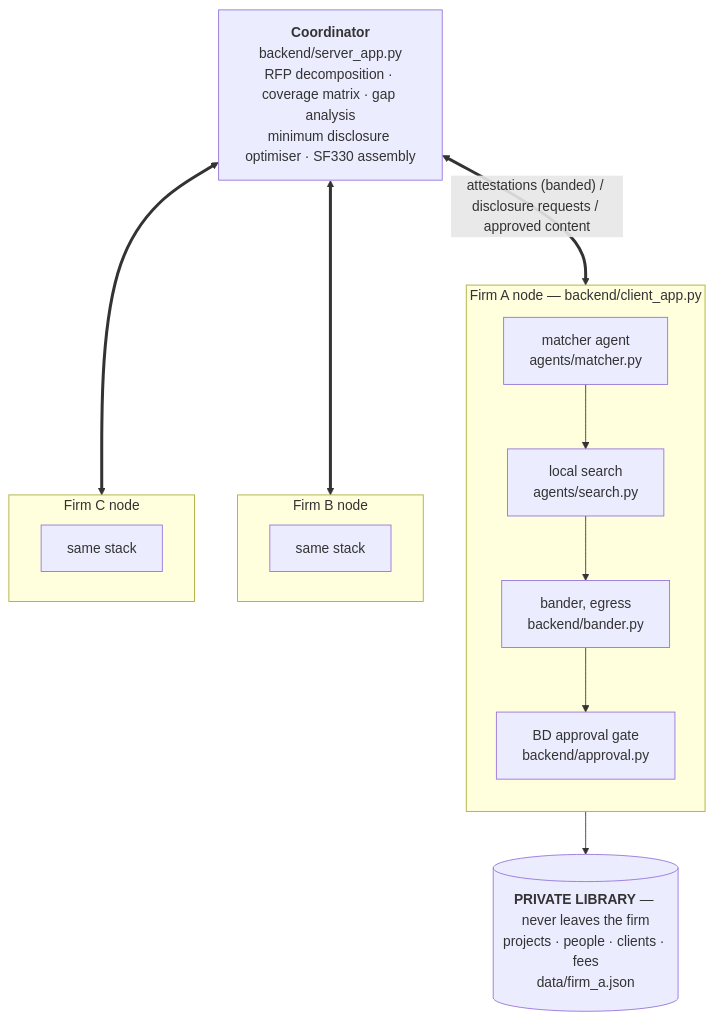
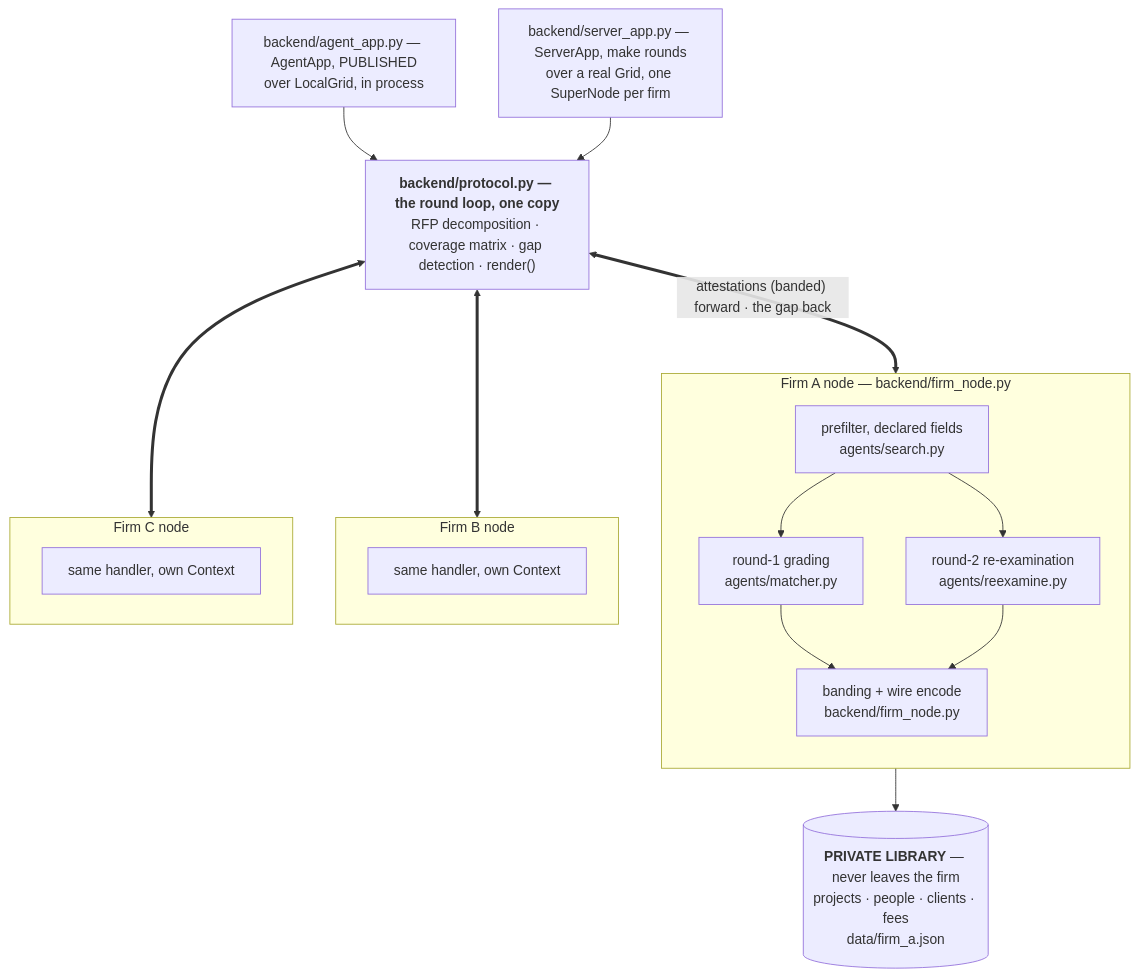
Before and after one commit to isenilov/flower-ai-hackathon: the diagram in docs/consortium-brief.md, drawn with Mermaid. The commit also changed other lines of this file and 2 other files, not shown here.

````diff
--- a/docs/consortium-brief.md
+++ b/docs/consortium-brief.md
@@ -175,28 +238,34 @@
 ```mermaid
 flowchart TB
-    coord["<b>Coordinator</b><br/>backend/server_app.py<br/>RFP decomposition · coverage matrix · gap analysis<br/>minimum disclosure optimiser · SF330 assembly"]
+    agentapp["backend/agent_app.py — AgentApp, PUBLISHED<br/>over LocalGrid, in process"]
+    serverapp["backend/server_app.py — ServerApp, make rounds<br/>over a real Grid, one SuperNode per firm"]
+    proto["<b>backend/protocol.py — the round loop, one copy</b><br/>RFP decomposition · coverage matrix · gap detection · render()"]
 
-    subgraph firm_a["Firm A node — backend/client_app.py"]
+    agentapp --> proto
+    serverapp --> proto
+
+    subgraph firm_a["Firm A node — backend/firm_node.py"]
         direction TB
-        match_a["matcher agent<br/>agents/matcher.py"]
-        search_a["local search<br/>agents/search.py"]
-        band_a["bander, egress<br/>backend/bander.py"]
-        gate_a["BD approval gate<br/>backend/approval.py"]
-        match_a --> search_a --> band_a --> gate_a
+        search_a["prefilter, declared fields<br/>agents/search.py"]
+        grade_a["round-1 grading<br/>agents/matcher.py"]
+        reex_a["round-2 re-examination<br/>agents/reexamine.py"]
+        band_a["banding + wire encode<br/>backend/firm_node.py"]
+        search_a --> grade_a --> band_a
+        search_a --> reex_a --> band_a
     end
 
     subgraph firm_b["Firm B node"]
-        same_b["same stack"]
+        same_b["same handler, own Context"]
     end
 
     subgraph firm_c["Firm C node"]
-        same_c["same stack"]
+        same_c["same handler, own Context"]
     end
 
     lib_a[("<b>PRIVATE LIBRARY</b> — never leaves the firm<br/>projects · people · clients · fees<br/>data/firm_a.json")]
 
-    coord <== "attestations (banded) / disclosure requests / approved content" ==> firm_a
-    coord <==> firm_b
-    coord <==> firm_c
+    proto <== "attestations (banded) forward · the gap back" ==> firm_a
+    proto <==> firm_b
+    proto <==> firm_c
     search_a --> lib_a
 ```
````
